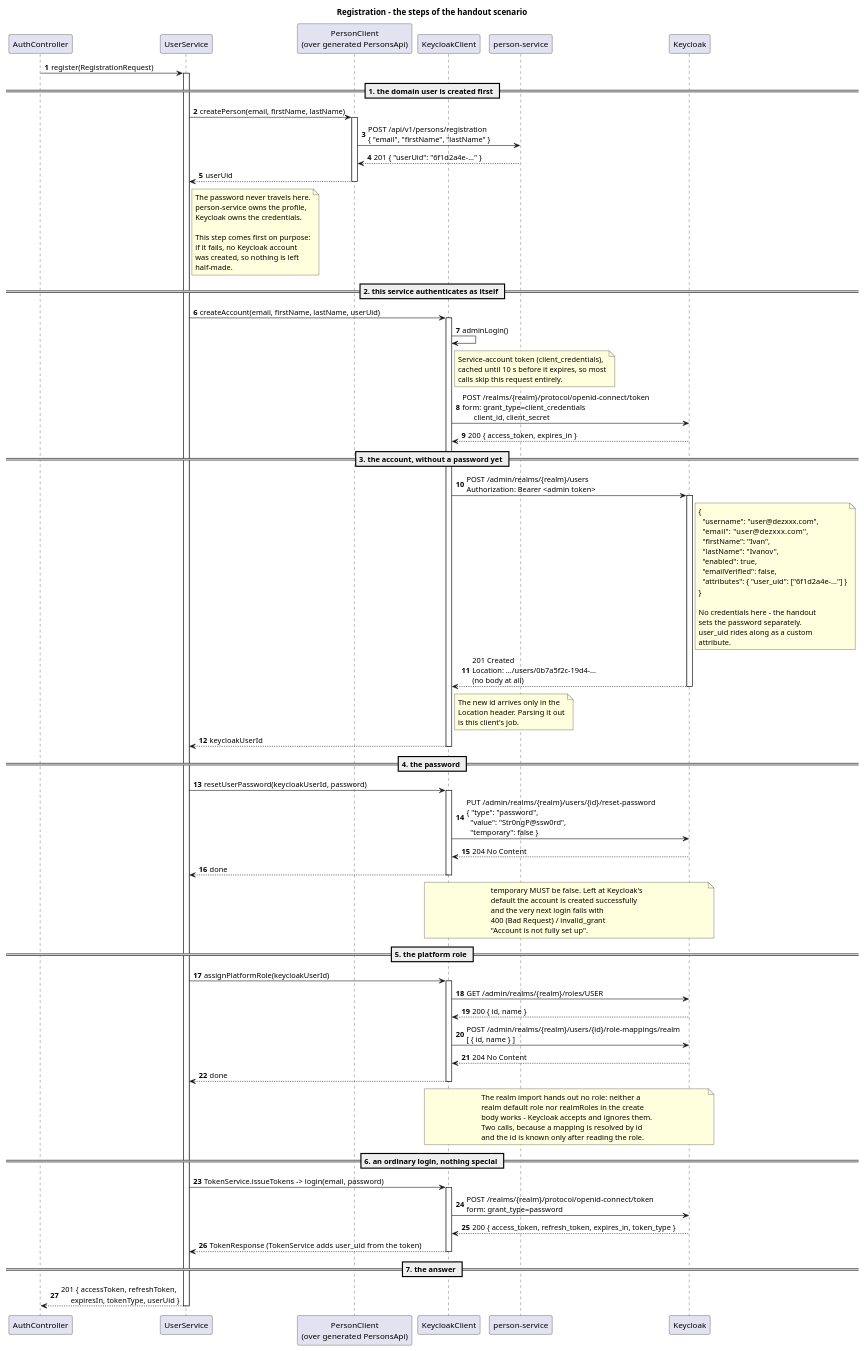
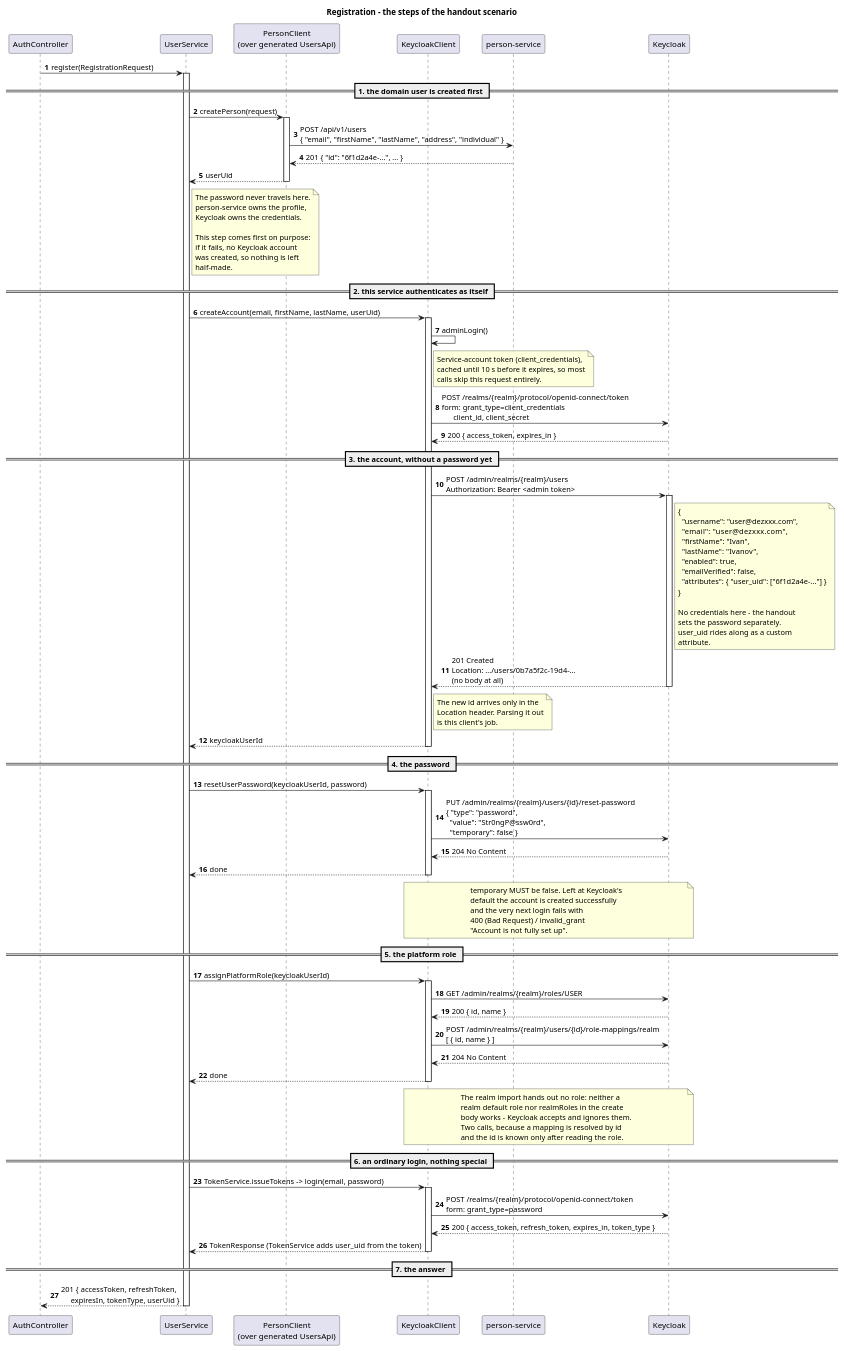
The first of 4 diagrams in docs/puml-diagrams/keycloak-client.puml (dezxxx/payment-platform), drawn with PlantUML before and after one commit. The commit also changed other lines of this file and 16 other files, not shown here.

Commit message:
docs: describe person-service, the client and compensation

```diff
--- a/docs/puml-diagrams/keycloak-client.puml
+++ b/docs/puml-diagrams/keycloak-client.puml
@@ -1,133 +1,133 @@
 @startuml keycloak-registration
 title Registration - the steps of the handout scenario
 
 autonumber
 skinparam shadowing false
 
 participant "AuthController" as Ctl
 participant "UserService" as Svc
-participant "PersonClient\n(over generated PersonsApi)" as Person
+participant "PersonClient\n(over generated UsersApi)" as Person
 participant "KeycloakClient" as Kcl
 participant "person-service" as Ps
 participant "Keycloak" as Kc
 
 Ctl -> Svc : register(RegistrationRequest)
 activate Svc
 
 == 1. the domain user is created first ==
 
-Svc -> Person : createPerson(email, firstName, lastName)
+Svc -> Person : createPerson(request)
 activate Person
-Person -> Ps : POST /api/v1/persons/registration\n{ "email", "firstName", "lastName" }
-Ps --> Person : 201 { "userUid": "6f1d2a4e-..." }
+Person -> Ps : POST /api/v1/users\n{ "email", "firstName", "lastName", "address", "individual" }
+Ps --> Person : 201 { "id": "6f1d2a4e-...", ... }
 Person --> Svc : userUid
 deactivate Person
 
 note right of Svc
   The password never travels here.
   person-service owns the profile,
   Keycloak owns the credentials.
 
   This step comes first on purpose:
   if it fails, no Keycloak account
   was created, so nothing is left
   half-made.
 end note
 
 == 2. this service authenticates as itself ==
 
 Svc -> Kcl : createAccount(email, firstName, lastName, userUid)
 activate Kcl
 
 Kcl -> Kcl : adminLogin()
 note right of Kcl
   Service-account token (client_credentials),
   cached until 10 s before it expires, so most
   calls skip this request entirely.
 end note
 Kcl -> Kc : POST /realms/{realm}/protocol/openid-connect/token\nform: grant_type=client_credentials\n      client_id, client_secret
 Kc --> Kcl : 200 { access_token, expires_in }
 
 == 3. the account, without a password yet ==
 
 Kcl -> Kc : POST /admin/realms/{realm}/users\nAuthorization: Bearer <admin token>
 activate Kc
 note right of Kc
   {
     "username": "user@dezxxx.com",
     "email":    "user@dezxxx.com",
     "firstName": "Ivan",
     "lastName":  "Ivanov",
     "enabled": true,
     "emailVerified": false,
     "attributes": { "user_uid": ["6f1d2a4e-..."] }
   }
 
   No credentials here - the handout
   sets the password separately.
   user_uid rides along as a custom
   attribute.
 end note
 Kc --> Kcl : 201 Created\nLocation: .../users/0b7a5f2c-19d4-...\n(no body at all)
 deactivate Kc
 
 note right of Kcl
   The new id arrives only in the
   Location header. Parsing it out
   is this client's job.
 end note
 
 Kcl --> Svc : keycloakUserId
 deactivate Kcl
 
 == 4. the password ==
 
 Svc -> Kcl : resetUserPassword(keycloakUserId, password)
 activate Kcl
 Kcl -> Kc : PUT /admin/realms/{realm}/users/{id}/reset-password\n{ "type": "password",\n  "value": "Str0ngP@ssw0rd",\n  "temporary": false }
 Kc --> Kcl : 204 No Content
 Kcl --> Svc : done
 deactivate Kcl
 
 note over Kcl, Kc
   temporary MUST be false. Left at Keycloak's
   default the account is created successfully
   and the very next login fails with
   400 (Bad Request) / invalid_grant
   "Account is not fully set up".
 end note
 
 == 5. the platform role ==
 
 Svc -> Kcl : assignPlatformRole(keycloakUserId)
 activate Kcl
 Kcl -> Kc : GET /admin/realms/{realm}/roles/USER
 Kc --> Kcl : 200 { id, name }
 Kcl -> Kc : POST /admin/realms/{realm}/users/{id}/role-mappings/realm\n[ { id, name } ]
 Kc --> Kcl : 204 No Content
 Kcl --> Svc : done
 deactivate Kcl
 
 note over Kcl, Kc
   The realm import hands out no role: neither a
   realm default role nor realmRoles in the create
   body works - Keycloak accepts and ignores them.
   Two calls, because a mapping is resolved by id
   and the id is known only after reading the role.
 end note
 
 == 6. an ordinary login, nothing special ==
 
 Svc -> Kcl : TokenService.issueTokens -> login(email, password)
 activate Kcl
 Kcl -> Kc : POST /realms/{realm}/protocol/openid-connect/token\nform: grant_type=password
 Kc --> Kcl : 200 { access_token, refresh_token, expires_in, token_type }
 Kcl --> Svc : TokenResponse (TokenService adds user_uid from the token)
 deactivate Kcl
 
 == 7. the answer ==
 
 Svc --> Ctl : 201 { accessToken, refreshToken,\n     expiresIn, tokenType, userUid }
 deactivate Svc
 
 @enduml
```
